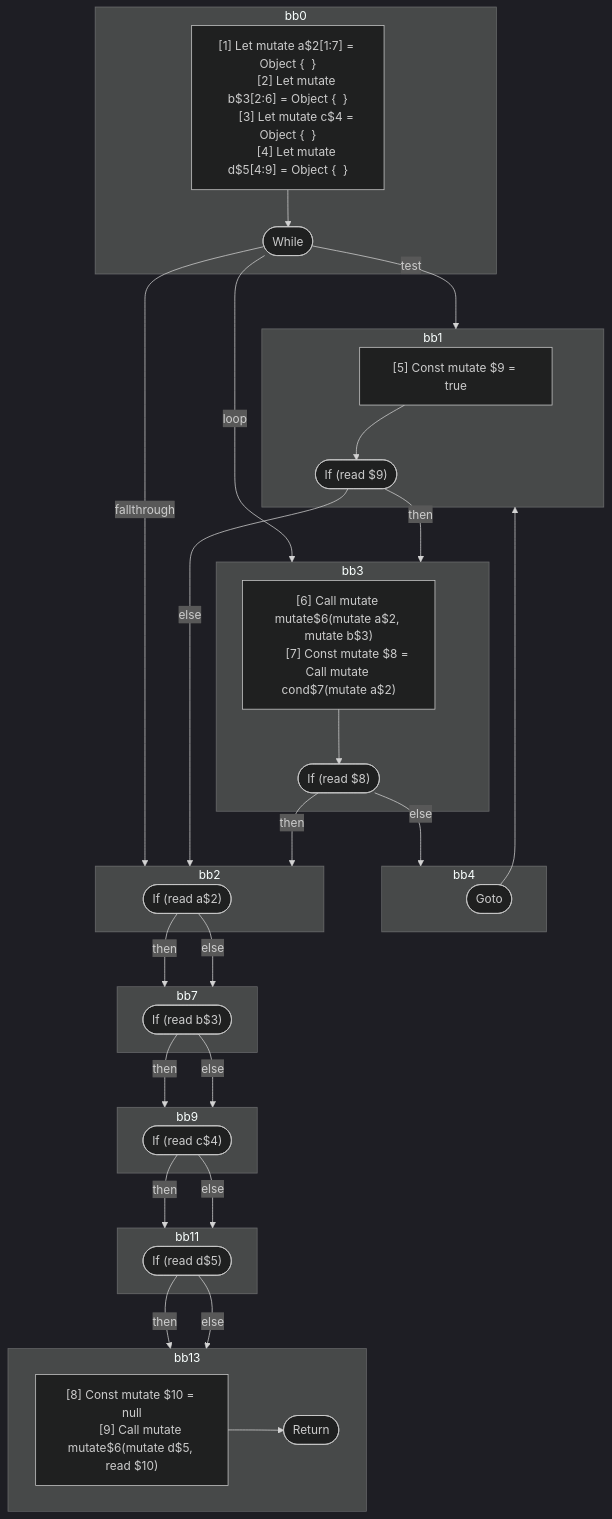
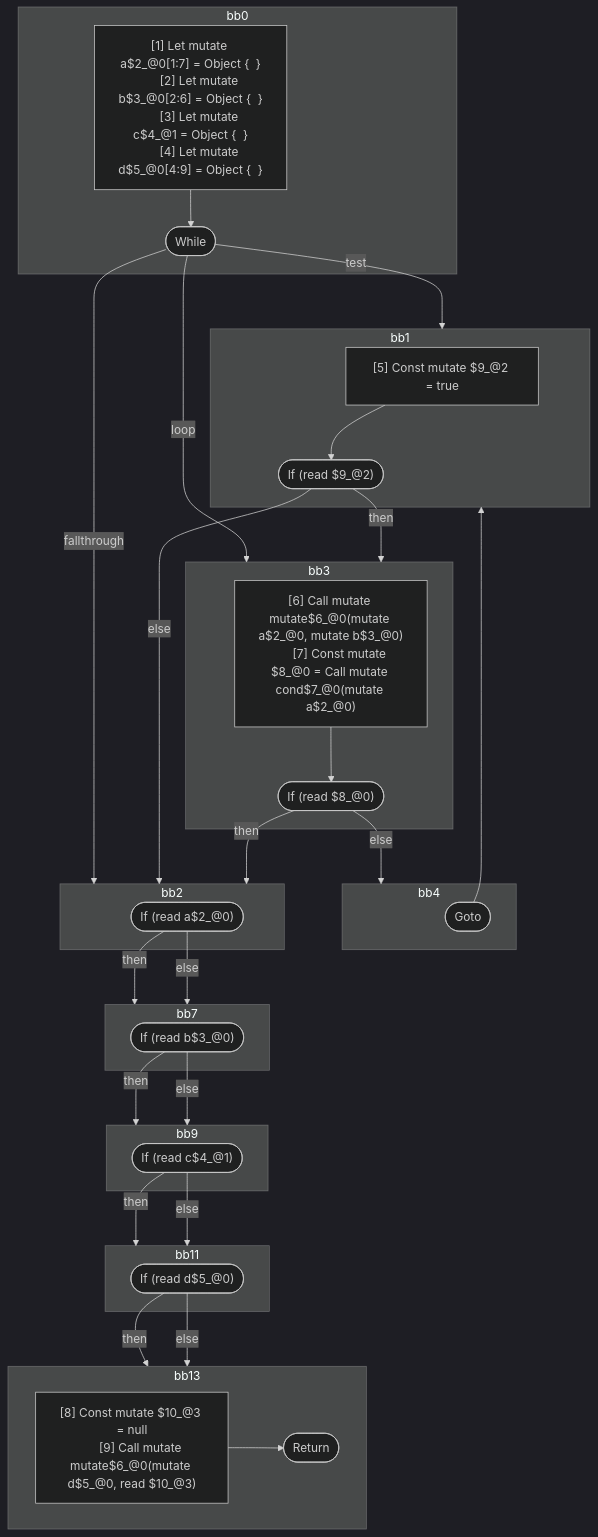
Before and after one commit to wutsmog/private: the third of 3 diagrams in compiler/forget/src/__tests__/fixtures/hir/mutable-liverange-loop.expect.md, drawn with Mermaid (dark theme). The commit also changed other lines of this file and 60 other files, not shown here.

````diff
--- a/compiler/forget/src/__tests__/fixtures/hir/mutable-liverange-loop.expect.md
+++ b/compiler/forget/src/__tests__/fixtures/hir/mutable-liverange-loop.expect.md
@@ -135,67 +135,67 @@
 ```mermaid
 flowchart TB
   %% Basic Blocks
   subgraph bb0
     bb0_instrs["
-      [1] Let mutate a$2[1:7] = Object {  }
-      [2] Let mutate b$3[2:6] = Object {  }
-      [3] Let mutate c$4 = Object {  }
-      [4] Let mutate d$5[4:9] = Object {  }
+      [1] Let mutate a$2_@0[1:7] = Object {  }
+      [2] Let mutate b$3_@0[2:6] = Object {  }
+      [3] Let mutate c$4_@1 = Object {  }
+      [4] Let mutate d$5_@0[4:9] = Object {  }
     "]
     bb0_instrs --> bb0_terminal(["While"])
   end
   subgraph bb1
     bb1_instrs["
-      [5] Const mutate $9 = true
+      [5] Const mutate $9_@2 = true
     "]
-    bb1_instrs --> bb1_terminal(["If (read $9)"])
+    bb1_instrs --> bb1_terminal(["If (read $9_@2)"])
   end
   subgraph bb3
     bb3_instrs["
-      [6] Call mutate mutate$6(mutate a$2, mutate b$3)
-      [7] Const mutate $8 = Call mutate cond$7(mutate a$2)
+      [6] Call mutate mutate$6_@0(mutate a$2_@0, mutate b$3_@0)
+      [7] Const mutate $8_@0 = Call mutate cond$7_@0(mutate a$2_@0)
     "]
-    bb3_instrs --> bb3_terminal(["If (read $8)"])
+    bb3_instrs --> bb3_terminal(["If (read $8_@0)"])
   end
   subgraph bb4
     bb4_terminal(["Goto"])
   end
   subgraph bb2
-    bb2_terminal(["If (read a$2)"])
+    bb2_terminal(["If (read a$2_@0)"])
   end
   subgraph bb7
-    bb7_terminal(["If (read b$3)"])
+    bb7_terminal(["If (read b$3_@0)"])
   end
   subgraph bb9
-    bb9_terminal(["If (read c$4)"])
+    bb9_terminal(["If (read c$4_@1)"])
   end
   subgraph bb11
-    bb11_terminal(["If (read d$5)"])
+    bb11_terminal(["If (read d$5_@0)"])
   end
   subgraph bb13
     bb13_instrs["
-      [8] Const mutate $10 = null
-      [9] Call mutate mutate$6(mutate d$5, read $10)
+      [8] Const mutate $10_@3 = null
+      [9] Call mutate mutate$6_@0(mutate d$5_@0, read $10_@3)
     "]
     bb13_instrs --> bb13_terminal(["Return"])
   end
 
   %% Jumps
   bb0_terminal -- test --> bb1
   bb0_terminal -- loop --> bb3
   bb0_terminal -- fallthrough --> bb2
   bb1_terminal -- then --> bb3
   bb1_terminal -- else --> bb2
   bb3_terminal -- then --> bb2
   bb3_terminal -- else --> bb4
   bb4_terminal --> bb1
   bb2_terminal -- then --> bb7
   bb2_terminal -- else --> bb7
   bb7_terminal -- then --> bb9
   bb7_terminal -- else --> bb9
   bb9_terminal -- then --> bb11
   bb9_terminal -- else --> bb11
   bb11_terminal -- then --> bb13
   bb11_terminal -- else --> bb13
 
 ```
````
